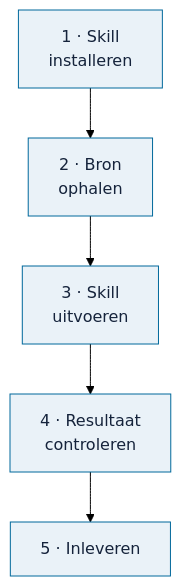
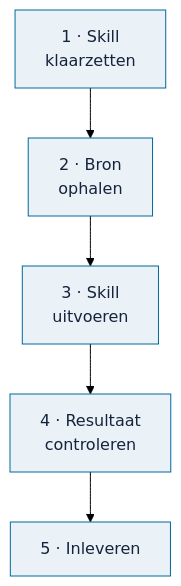
One commit to Robert-Worm/omnibus changed the diagram in docs/bijdragen/bron-verwerken.md. Above: the diagram before and after it, drawn with Mermaid (forest theme). The commit also changed other lines of this file and 1 other file, not shown here.

````diff
--- a/docs/bijdragen/bron-verwerken.md
+++ b/docs/bijdragen/bron-verwerken.md
@@ -28,5 +28,5 @@
 ```mermaid
 flowchart TD
-    A["1 · Skill<br/>installeren"] --> B["2 · Bron<br/>ophalen"] --> C["3 · Skill<br/>uitvoeren"] --> D["4 · Resultaat<br/>controleren"] --> E["5 · Inleveren"]
+    A["1 · Skill<br/>klaarzetten"] --> B["2 · Bron<br/>ophalen"] --> C["3 · Skill<br/>uitvoeren"] --> D["4 · Resultaat<br/>controleren"] --> E["5 · Inleveren"]
     classDef default fill:#eaf2f8,stroke:#01689b,color:#15233b;
 ```
````
